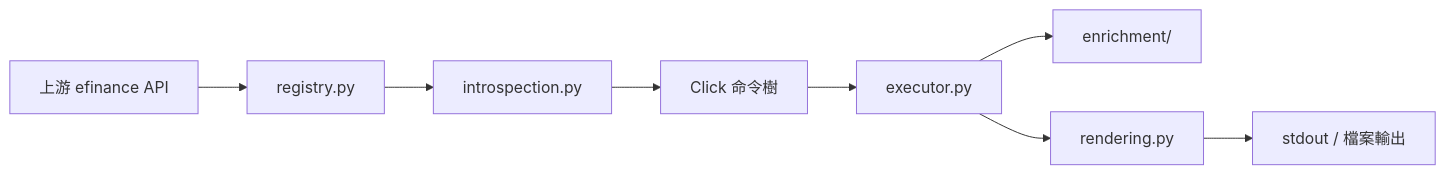
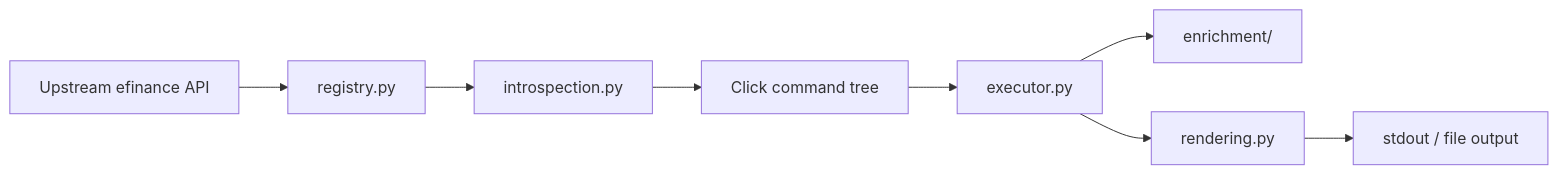
One commit to vortezwohl/efinance-cli changed the second of 2 diagrams in i18n/README.zh-TW.md. Above: the diagram before and after it, drawn with Mermaid. The commit also changed other lines of this file and 2 other files, not shown here.

````diff
--- a/i18n/README.zh-TW.md
+++ b/i18n/README.zh-TW.md
@@ -408,10 +387,10 @@
 ```mermaid
 flowchart LR
-  API["上游 efinance API"] --> REG["registry.py"]
+  API["Upstream efinance API"] --> REG["registry.py"]
   REG --> INT["introspection.py"]
-  INT --> CMD["Click 命令樹"]
+  INT --> CMD["Click command tree"]
   CMD --> EXEC["executor.py"]
   EXEC --> ENR["enrichment/"]
   EXEC --> REN["rendering.py"]
-  REN --> OUT["stdout / 檔案輸出"]
+  REN --> OUT["stdout / file output"]
 ```
````
